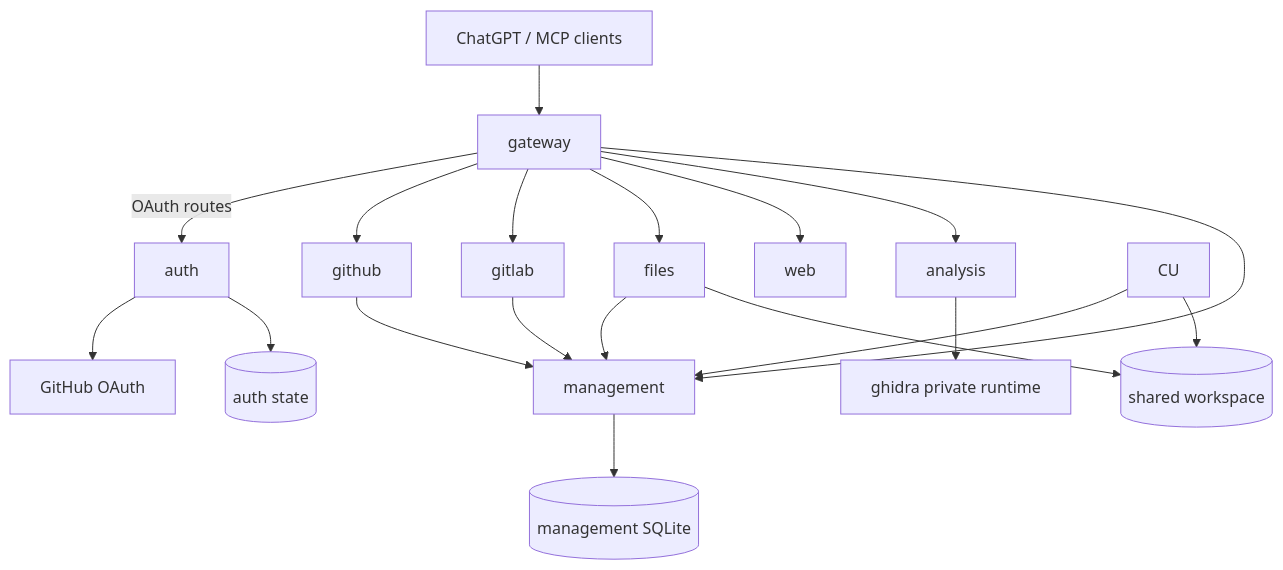
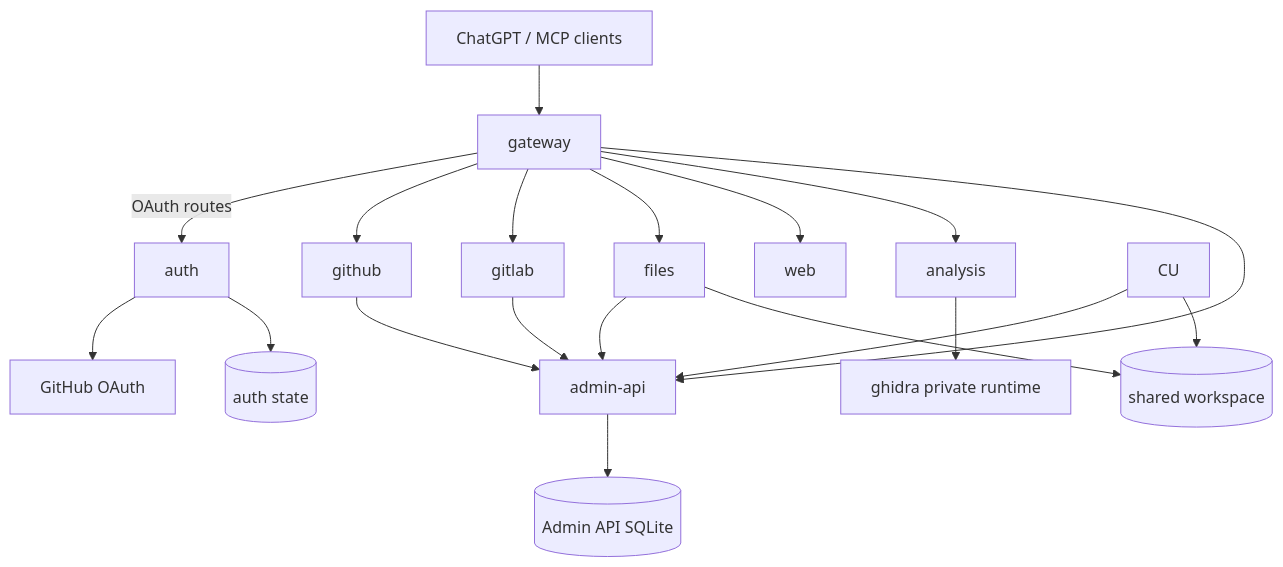
One commit to ArthurKoba/briareus changed the diagram in docs/architecture/overview.md. Above: the diagram before and after it, drawn with Mermaid. The commit also changed other lines of this file and 115 other files, not shown here.

First line of the commit message:
refactor: split Admin API service and unify telemetry env (#348)

````diff
--- a/docs/architecture/overview.md
+++ b/docs/architecture/overview.md
@@ -5,25 +5,25 @@
 ```mermaid
 flowchart TB
     Client[ChatGPT / MCP clients] --> GW[gateway]
 
     GW -->|OAuth routes| AU[auth]
     AU --> GHID[GitHub OAuth]
 
     GW --> GH[github]
     GW --> GL[gitlab]
     GW --> FI[files]
     GW --> WEB[web]
     GW --> AN[analysis]
-    GW --> CP[management]
+    GW --> CP[admin-api]
 
     GH --> CP
     GL --> CP
     FI --> CP
     CU --> CP
     AN --> GD[ghidra private runtime]
 
     AU --> OAUTH[(auth state)]
-    CP --> DB[(management SQLite)]
+    CP --> DB[(Admin API SQLite)]
     FI --> WS[(shared workspace)]
     CU --> WS
 ```
````
